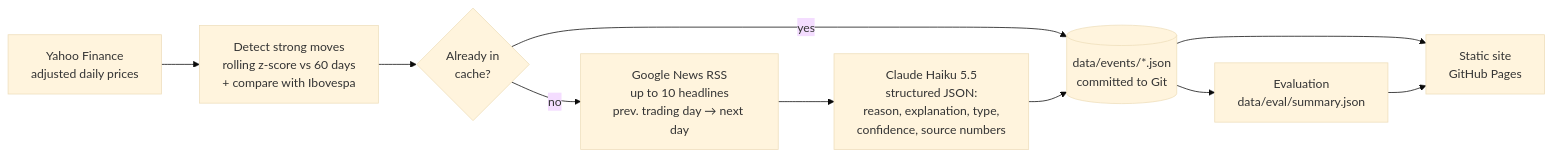
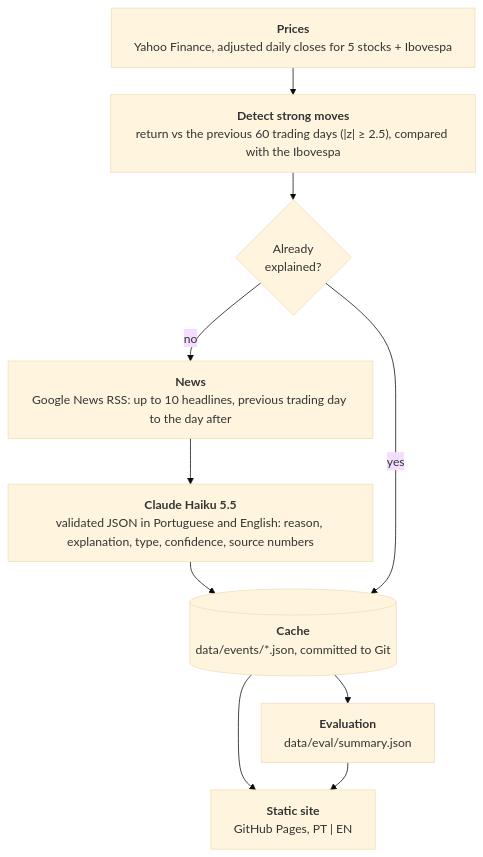
One commit to beapama/b3-explained-chart changed the diagram in README.md. Above: the diagram before and after it, drawn with Mermaid (base theme).

Commit message:
README: vertical architecture diagram so it renders at a readable size

````diff
--- a/README.md
+++ b/README.md
@@ -15,12 +15,13 @@
 ```mermaid
-flowchart LR
-    A[Yahoo Finance<br/>adjusted daily prices] --> B[Detect strong moves<br/>rolling z-score vs 60 days<br/>+ compare with Ibovespa]
-    B --> C{Already in<br/>cache?}
-    C -- yes --> F
-    C -- no --> D[Google News RSS<br/>up to 10 headlines<br/>prev. trading day → next day]
-    D --> E[Claude Haiku 5.5<br/>structured JSON:<br/>reason, explanation, type,<br/>confidence, source numbers]
-    E --> F[(data/events/*.json<br/>committed to Git)]
-    F --> G[Evaluation<br/>data/eval/summary.json]
-    F --> H[Static site<br/>GitHub Pages]
+%%{init: {"flowchart": {"wrappingWidth": 420, "nodeSpacing": 40, "rankSpacing": 36}}}%%
+flowchart TB
+    A["<b>Prices</b><br/>Yahoo Finance, adjusted daily closes for 5 stocks + Ibovespa"] --> B["<b>Detect strong moves</b><br/>return vs the previous 60 trading days (|z| ≥ 2.5), compared with the Ibovespa"]
+    B --> C{"Already<br/>explained?"}
+    C -- "no" --> D["<b>News</b><br/>Google News RSS: up to 10 headlines, previous trading day to the day after"]
+    D --> E["<b>Claude Haiku 5.5</b><br/>validated JSON in Portuguese and English: reason, explanation, type, confidence, source numbers"]
+    E --> F[("<b>Cache</b><br/>data/events/*.json, committed to Git")]
+    C -- "yes" --> F
+    F --> G["<b>Evaluation</b><br/>data/eval/summary.json"]
+    F --> H["<b>Static site</b><br/>GitHub Pages, PT | EN"]
     G --> H
 ```
````
